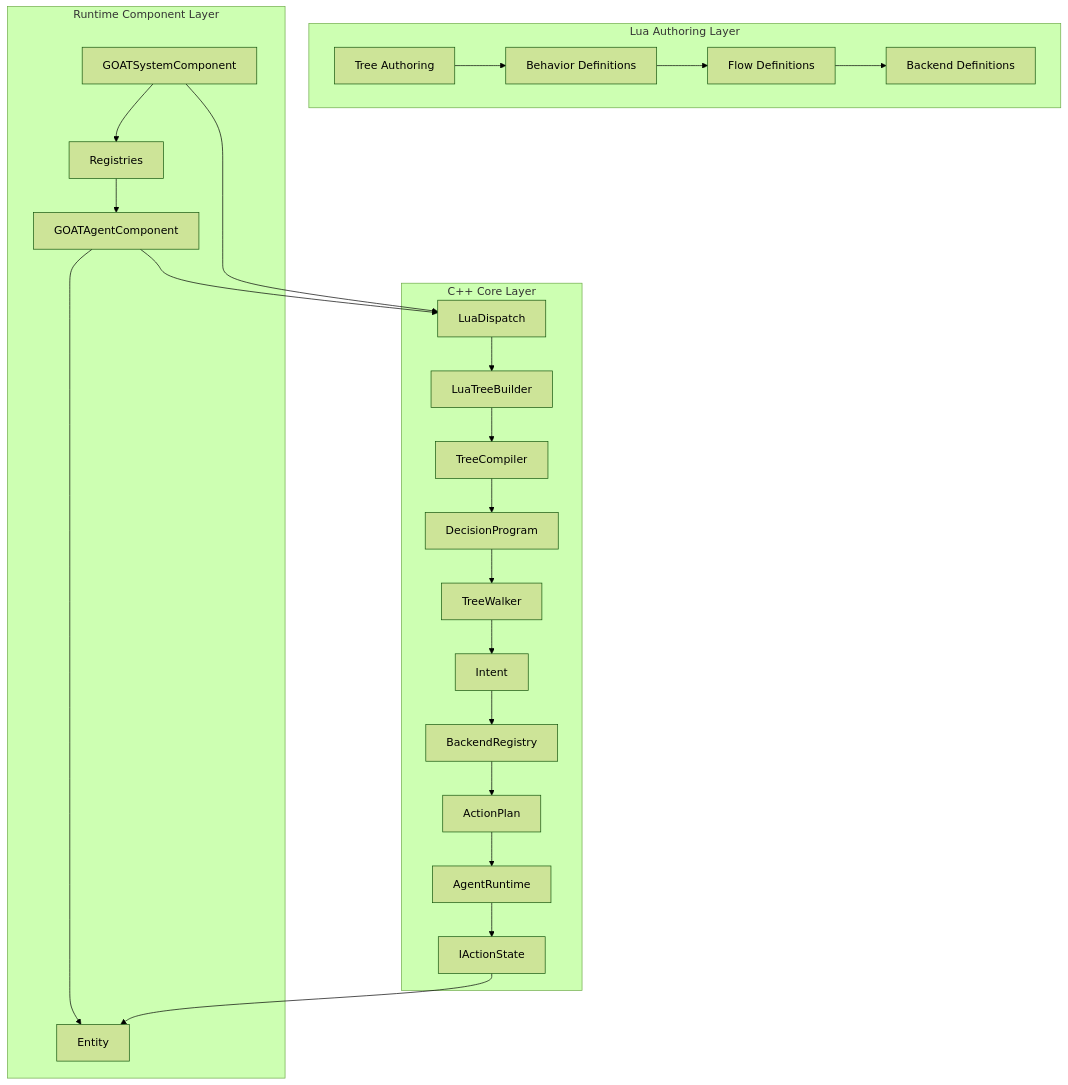
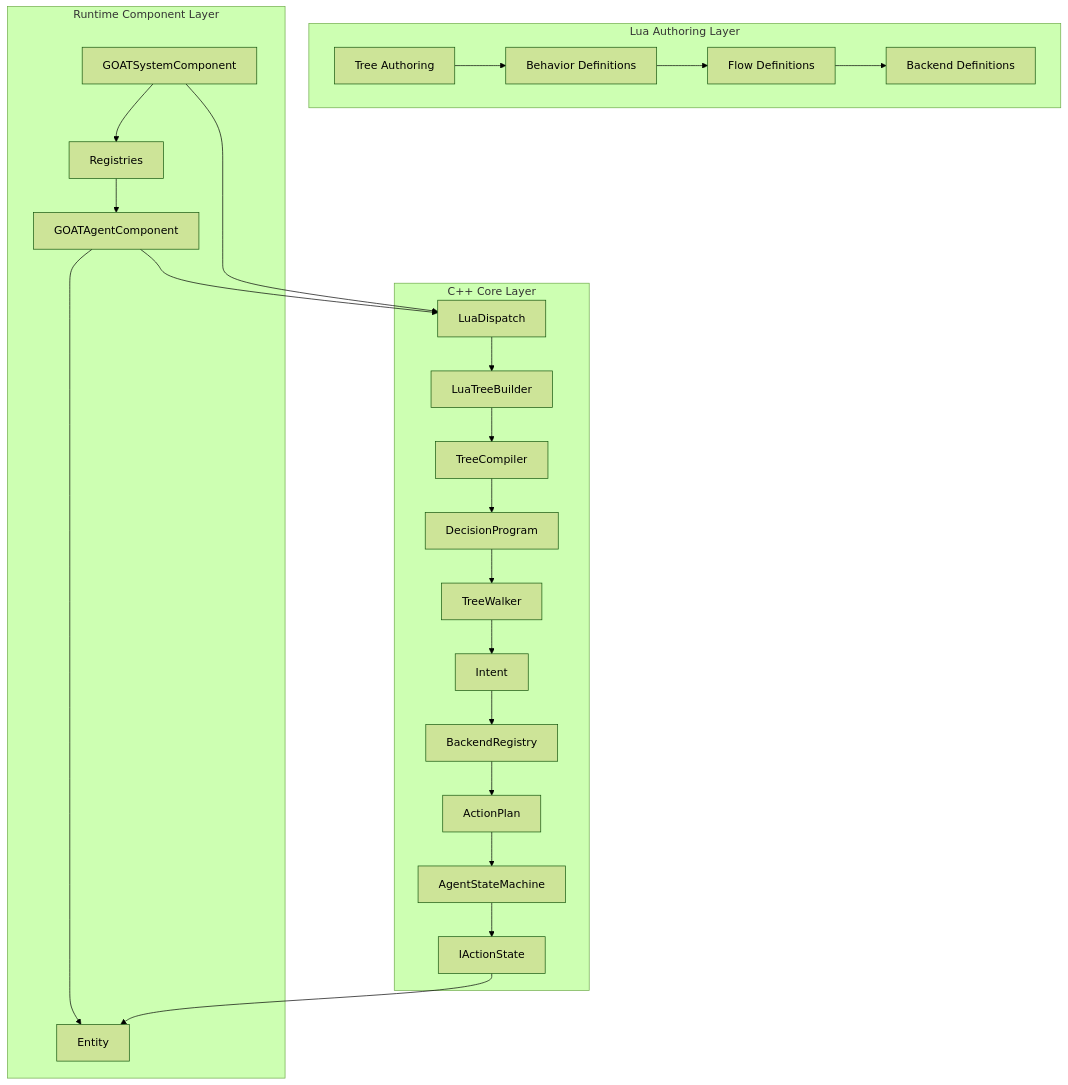
One commit to jabbadablack/G.O.A.T changed the first of 5 diagrams in Docs/01 - Architecture/Layered Overview.md. Above: the diagram before and after it, drawn with Mermaid (forest theme). The commit also changed other lines of this file and 82 other files, not shown here.

````diff
--- a/Docs/01 - Architecture/Layered Overview.md
+++ b/Docs/01 - Architecture/Layered Overview.md
@@ -29,30 +29,30 @@
 ```mermaid
 graph TD
     subgraph Lua[Lua Authoring Layer]
         A[Tree Authoring] --> B[Behavior Definitions]
         B --> C[Flow Definitions]
         C --> D[Backend Definitions]
     end
 
     subgraph Core[C++ Core Layer]
         E[LuaDispatch] --> F[LuaTreeBuilder]
         F --> G[TreeCompiler]
         G --> H[DecisionProgram]
         H --> I[TreeWalker]
         I --> J[Intent]
         J --> K[BackendRegistry]
         K --> L[ActionPlan]
-        L --> M[AgentRuntime]
+        L --> M[AgentStateMachine]
         M --> N[IActionState]
     end
 
     subgraph Runtime[Runtime Component Layer]
         O[GOATAgentComponent] --> E
         P[GOATSystemComponent] --> E
         O --> Q[Entity]
         P --> R[Registries]
     end
 
     N --> Q
     R --> O
 ```
````
